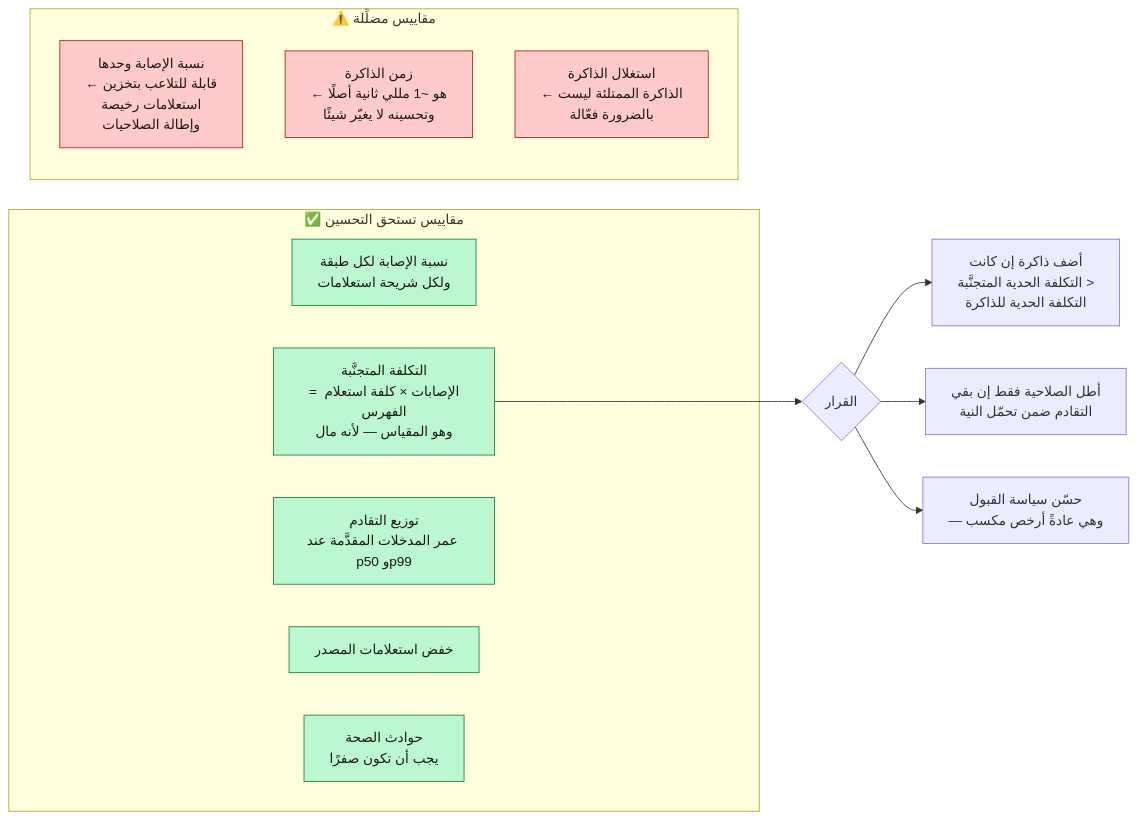
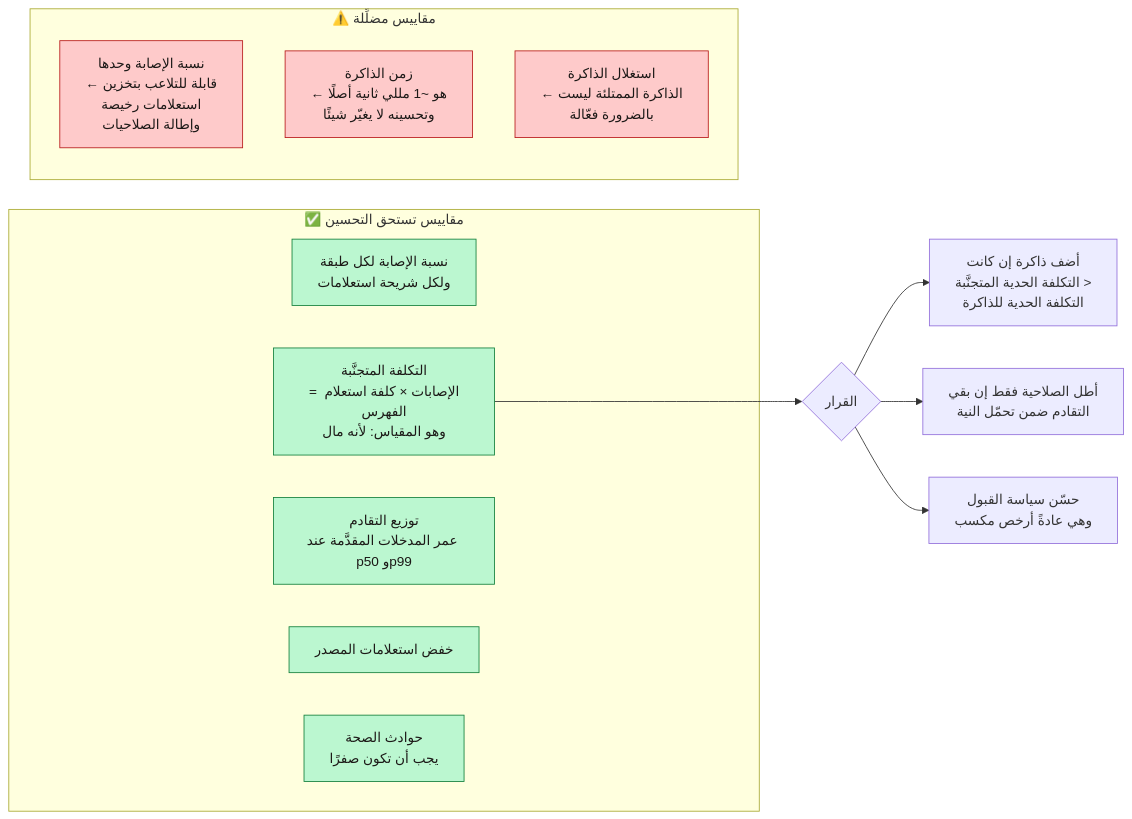
The fourth of 4 diagrams in docs/ar/10-caching.md (ahmedselimmansor-ctrl/google-search-system-design), drawn with Mermaid before and after one commit. The commit also changed other lines of this file and 89 other files, not shown here.

````diff
--- a/docs/ar/10-caching.md
+++ b/docs/ar/10-caching.md
@@ -210,26 +210,26 @@
 ```mermaid
 flowchart LR
     subgraph GOOD["✅ مقاييس تستحق التحسين"]
         G1["نسبة الإصابة لكل طبقة<br/>ولكل شريحة استعلامات"]
-        G2["التكلفة المتجنَّبة<br/>= الإصابات × كلفة استعلام الفهرس<br/>وهو المقياس — لأنه مال"]
+        G2["التكلفة المتجنَّبة<br/>= الإصابات × كلفة استعلام الفهرس<br/>وهو المقياس: لأنه مال"]
         G3["توزيع التقادم<br/>عمر المدخلات المقدَّمة عند p50 وp99"]
         G4["خفض استعلامات المصدر"]
         G5["حوادث الصحة<br/>يجب أن تكون صفرًا"]
     end
 
     subgraph BAD["⚠️ مقاييس مضلِّلة"]
         B1["نسبة الإصابة وحدها<br/>← قابلة للتلاعب بتخزين<br/>استعلامات رخيصة<br/>وإطالة الصلاحيات"]
         B2["زمن الذاكرة<br/>← هو ~1 مللي ثانية أصلًا<br/>وتحسينه لا يغيّر شيئًا"]
         B3["استغلال الذاكرة<br/>← الذاكرة الممتلئة ليست<br/>بالضرورة فعّالة"]
     end
 
     G2 --> DECIDE{"القرار"}
     DECIDE --> D1["أضف ذاكرة إن كانت<br/>التكلفة الحدية المتجنَّبة ><br/>التكلفة الحدية للذاكرة"]
     DECIDE --> D2["أطل الصلاحية فقط إن بقي<br/>التقادم ضمن تحمّل النية"]
-    DECIDE --> D3["حسّن سياسة القبول<br/>— وهي عادةً أرخص مكسب"]
+    DECIDE --> D3["حسّن سياسة القبول<br/>وهي عادةً أرخص مكسب"]
 
     classDef good fill:#bbf7d0,stroke:#15803d,color:#1c1917
     classDef bad fill:#fecaca,stroke:#b91c1c,color:#1c1917
     class G1,G2,G3,G4,G5 good
     class B1,B2,B3 bad
 ```
````
